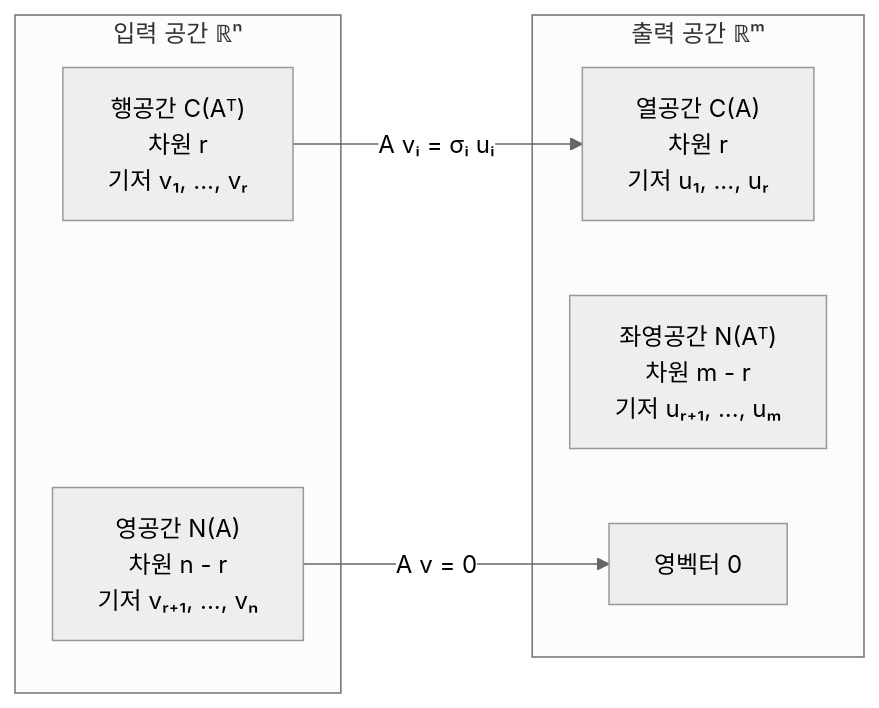
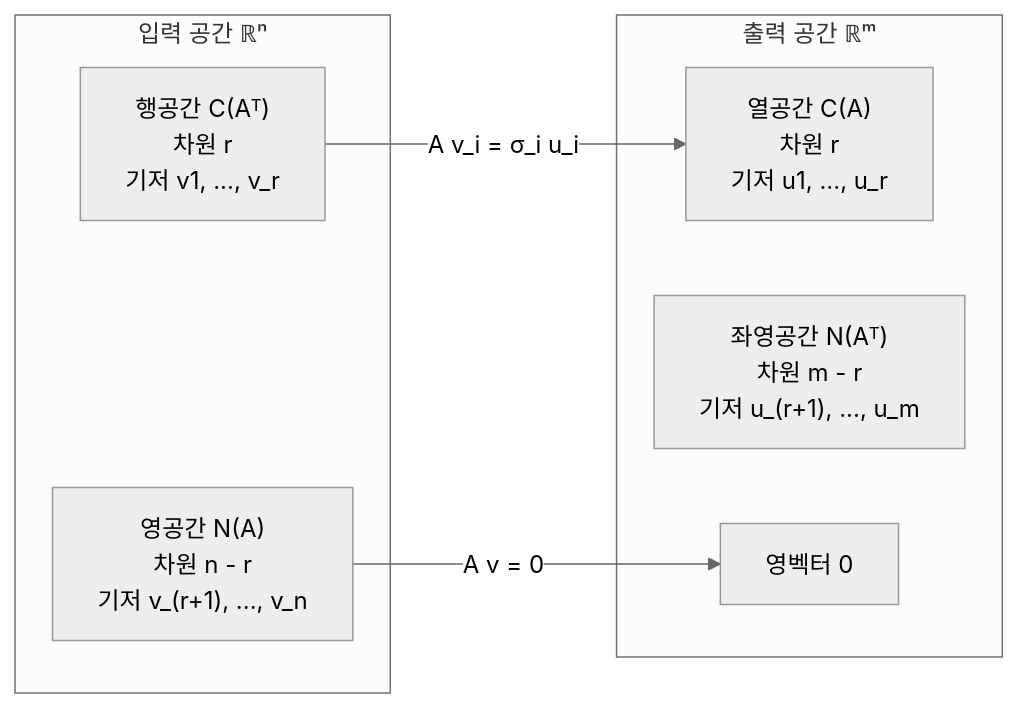
One commit to Choroning/26Spring_Computer-Linear-Algebra changed the first of 2 diagrams in Lecture-Notes/Ch07_Singular-Value-Decomposition/Concepts_Lecture.ko.md. Above: the diagram before and after it, drawn with Mermaid (neutral theme). The commit also changed other lines of this file and 5 other files, not shown here.

````diff
--- a/Lecture-Notes/Ch07_Singular-Value-Decomposition/Concepts_Lecture.ko.md
+++ b/Lecture-Notes/Ch07_Singular-Value-Decomposition/Concepts_Lecture.ko.md
@@ -91,14 +91,14 @@
 ```mermaid
 flowchart LR
     subgraph IN["입력 공간 ℝⁿ"]
-        ROW["행공간 C(Aᵀ)<br>차원 r<br>기저 v₁, ..., vᵣ"]
-        NUL["영공간 N(A)<br>차원 n - r<br>기저 vᵣ₊₁, ..., vₙ"]
+        ROW["행공간 C(Aᵀ)<br>차원 r<br>기저 v1, ..., v_r"]
+        NUL["영공간 N(A)<br>차원 n - r<br>기저 v_(r+1), ..., v_n"]
     end
     subgraph OUT["출력 공간 ℝᵐ"]
-        COL["열공간 C(A)<br>차원 r<br>기저 u₁, ..., uᵣ"]
-        LNU["좌영공간 N(Aᵀ)<br>차원 m - r<br>기저 uᵣ₊₁, ..., uₘ"]
+        COL["열공간 C(A)<br>차원 r<br>기저 u1, ..., u_r"]
+        LNU["좌영공간 N(Aᵀ)<br>차원 m - r<br>기저 u_(r+1), ..., u_m"]
         ZERO["영벡터 0"]
     end
-    ROW -- "A vᵢ = σᵢ uᵢ" --> COL
+    ROW -- "A v_i = σ_i u_i" --> COL
     NUL -- "A v = 0" --> ZERO
 ```
````
